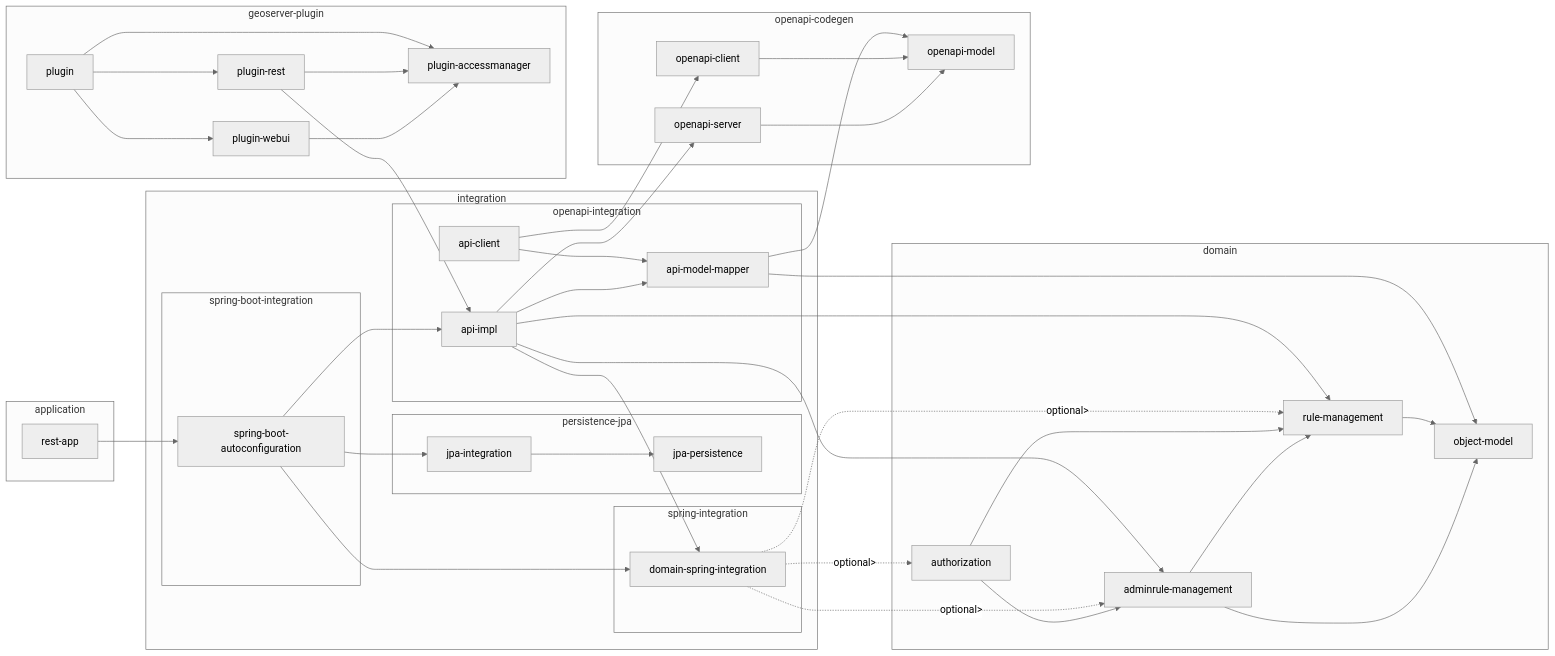
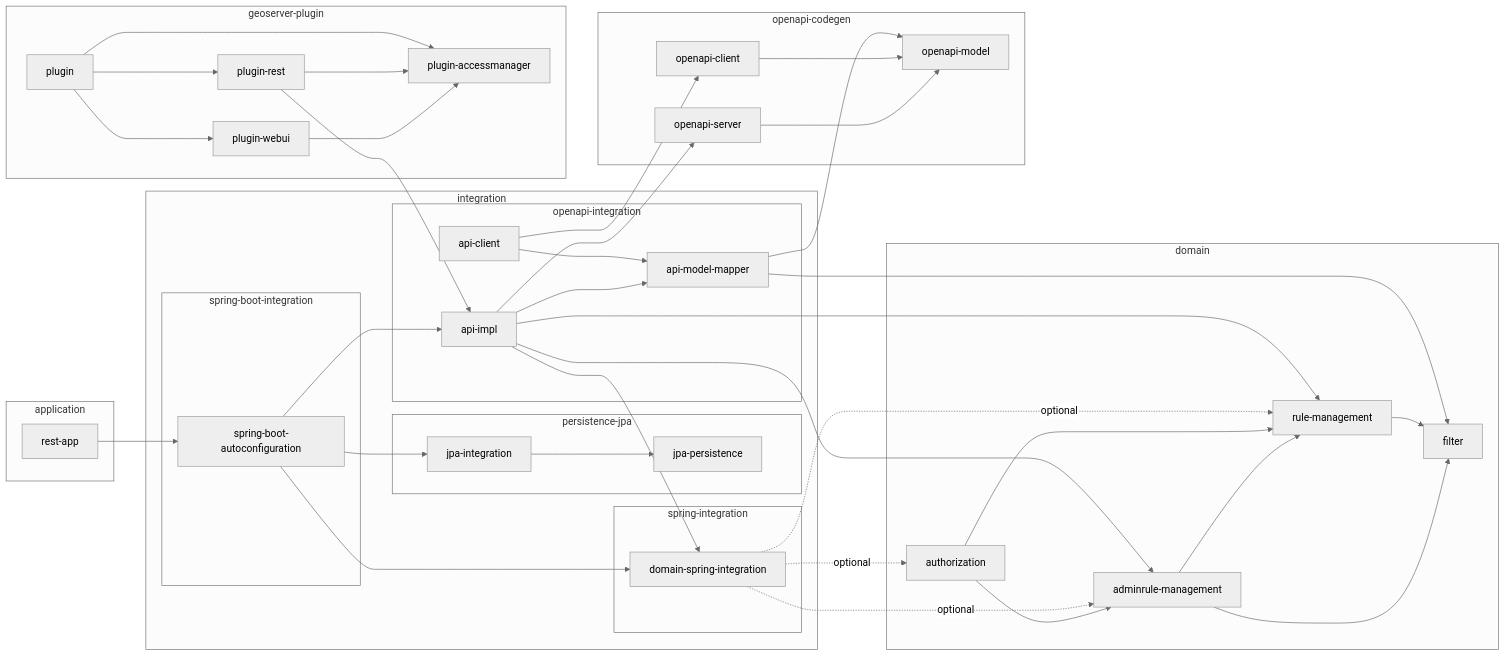
One commit to geoserver/geoserver-acl changed the diagram in src/README.md. Above: the diagram before and after it, drawn with Mermaid (neutral theme). The commit also changed other lines of this file and 18 other files, not shown here.

````diff
--- a/src/README.md
+++ b/src/README.md
@@ -40,36 +182,36 @@
 ```mermaid
 flowchart LR
   subgraph domain
-    adminrule-management --> object-model & rule-management
+    adminrule-management --> filter & rule-management
     authorization --> adminrule-management & rule-management
-    rule-management --> object-model
+    rule-management --> filter
   end
   subgraph openapi-codegen
     openapi-server --> openapi-model
     openapi-client --> openapi-model
   end
   subgraph integration
     subgraph persistence-jpa
         jpa-integration --> jpa-persistence
     end
     subgraph spring-integration
-        domain-spring-integration -. optional> .-> rule-management & adminrule-management & authorization
+        domain-spring-integration -.optional.-> rule-management & adminrule-management & authorization
     end
     subgraph openapi-integration
-        api-model-mapper --> object-model & openapi-model
+        api-model-mapper --> filter & openapi-model
         api-impl --> api-model-mapper & openapi-server & domain-spring-integration & rule-management & adminrule-management
         api-client --> api-model-mapper & openapi-client
     end
     subgraph spring-boot-integration
         spring-boot-autoconfiguration --> domain-spring-integration & api-impl & jpa-integration
     end
   end
   subgraph geoserver-plugin
     plugin-webui --> plugin-accessmanager
     plugin-rest --> plugin-accessmanager & api-impl
     plugin --> plugin-accessmanager & plugin-rest & plugin-webui
   end
   subgraph application
     rest-app --> spring-boot-autoconfiguration
   end
 ```
````
